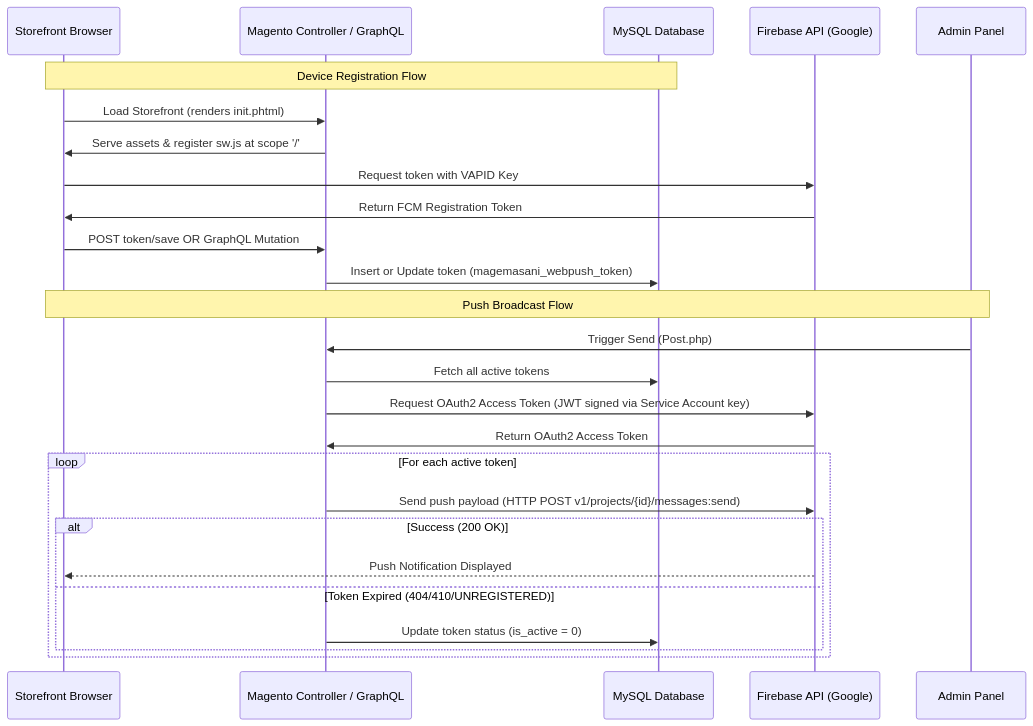
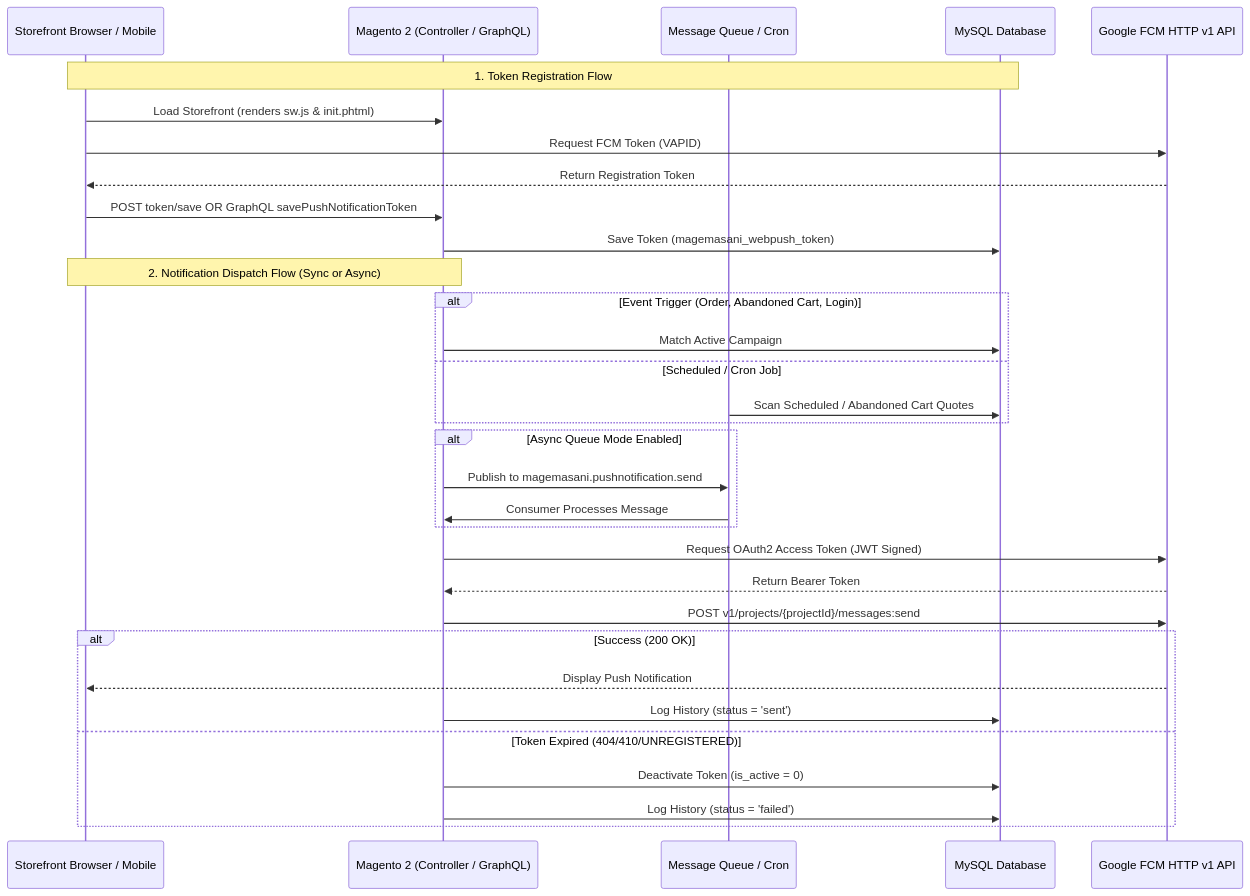
The diagram in PushNotification/README.md (romcomgirish/MageMasani), drawn with Mermaid before and after one commit. The commit also changed other lines of this file and 77 other files, not shown here.

Commit message:
Added New Abandoned Cart Notification Features as well as optimize code

````diff
--- a/PushNotification/README.md
+++ b/PushNotification/README.md
@@ -21,32 +33,40 @@
 ```mermaid
 sequenceDiagram
-    participant User as Storefront Browser
-    participant M2 as Magento Controller / GraphQL
+    participant User as Storefront Browser / Mobile
+    participant M2 as Magento 2 (Controller / GraphQL)
+    participant Queue as Message Queue / Cron
     participant DB as MySQL Database
-    participant FCM as Firebase API (Google)
-    participant Admin as Admin Panel
+    participant FCM as Google FCM HTTP v1 API
 
-    %% Registration Flow
-    Note over User, DB: Device Registration Flow
-    User->>M2: Load Storefront (renders init.phtml)
-    M2->>User: Serve assets & register sw.js at scope '/'
-    User->>FCM: Request token with VAPID Key
-    FCM->>User: Return FCM Registration Token
-    User->>M2: POST token/save OR GraphQL Mutation
-    M2->>DB: Insert or Update token (magemasani_webpush_token)
+    %% Token Registration
+    Note over User, DB: 1. Token Registration Flow
+    User->>M2: Load Storefront (renders sw.js & init.phtml)
+    User->>FCM: Request FCM Token (VAPID)
+    FCM-->>User: Return Registration Token
+    User->>M2: POST token/save OR GraphQL savePushNotificationToken
+    M2->>DB: Save Token (magemasani_webpush_token)
 
-    %% Dispatch Flow
-    Note over Admin, User: Push Broadcast Flow
-    Admin->>M2: Trigger Send (Post.php)
-    M2->>DB: Fetch all active tokens
-    M2->>FCM: Request OAuth2 Access Token (JWT signed via Service Account key)
-    FCM->>M2: Return OAuth2 Access Token
-    loop For each active token
-        M2->>FCM: Send push payload (HTTP POST v1/projects/{id}/messages:send)
-        alt Success (200 OK)
-            FCM-->>User: Push Notification Displayed
-        else Token Expired (404/410/UNREGISTERED)
-            M2->>DB: Update token status (is_active = 0)
-        end
+    %% Event & Scheduled Push
+    Note over M2, User: 2. Notification Dispatch Flow (Sync or Async)
+    alt Event Trigger (Order, Abandoned Cart, Login)
+        M2->>DB: Match Active Campaign
+    else Scheduled / Cron Job
+        Queue->>DB: Scan Scheduled / Abandoned Cart Quotes
+    end
+
+    alt Async Queue Mode Enabled
+        M2->>Queue: Publish to magemasani.pushnotification.send
+        Queue->>M2: Consumer Processes Message
+    end
+
+    M2->>FCM: Request OAuth2 Access Token (JWT Signed)
+    FCM-->>M2: Return Bearer Token
+    M2->>FCM: POST v1/projects/{projectId}/messages:send
+    alt Success (200 OK)
+        FCM-->>User: Display Push Notification
+        M2->>DB: Log History (status = 'sent')
+    else Token Expired (404/410/UNREGISTERED)
+        M2->>DB: Deactivate Token (is_active = 0)
+        M2->>DB: Log History (status = 'failed')
     end
 ```
````
